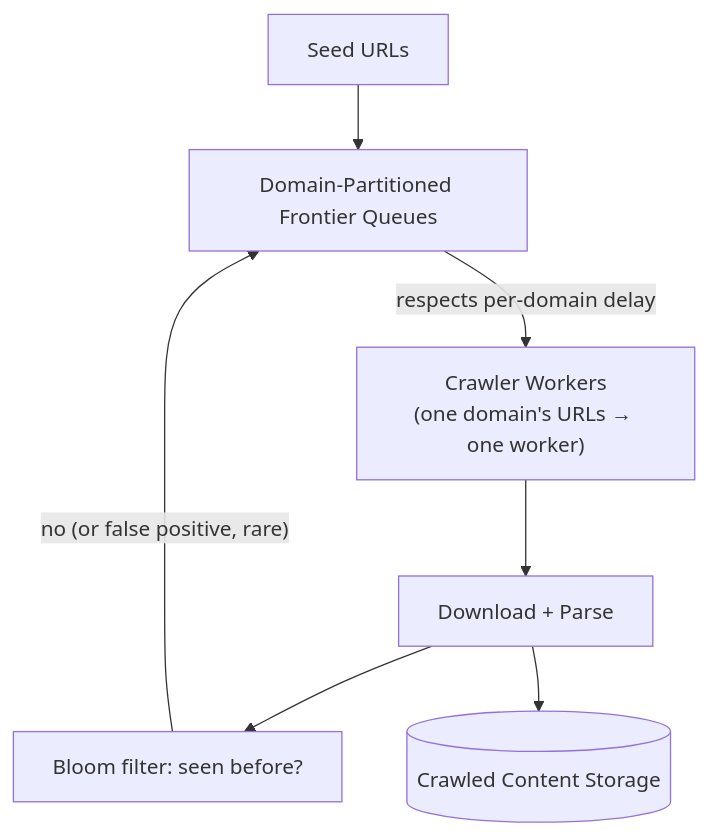
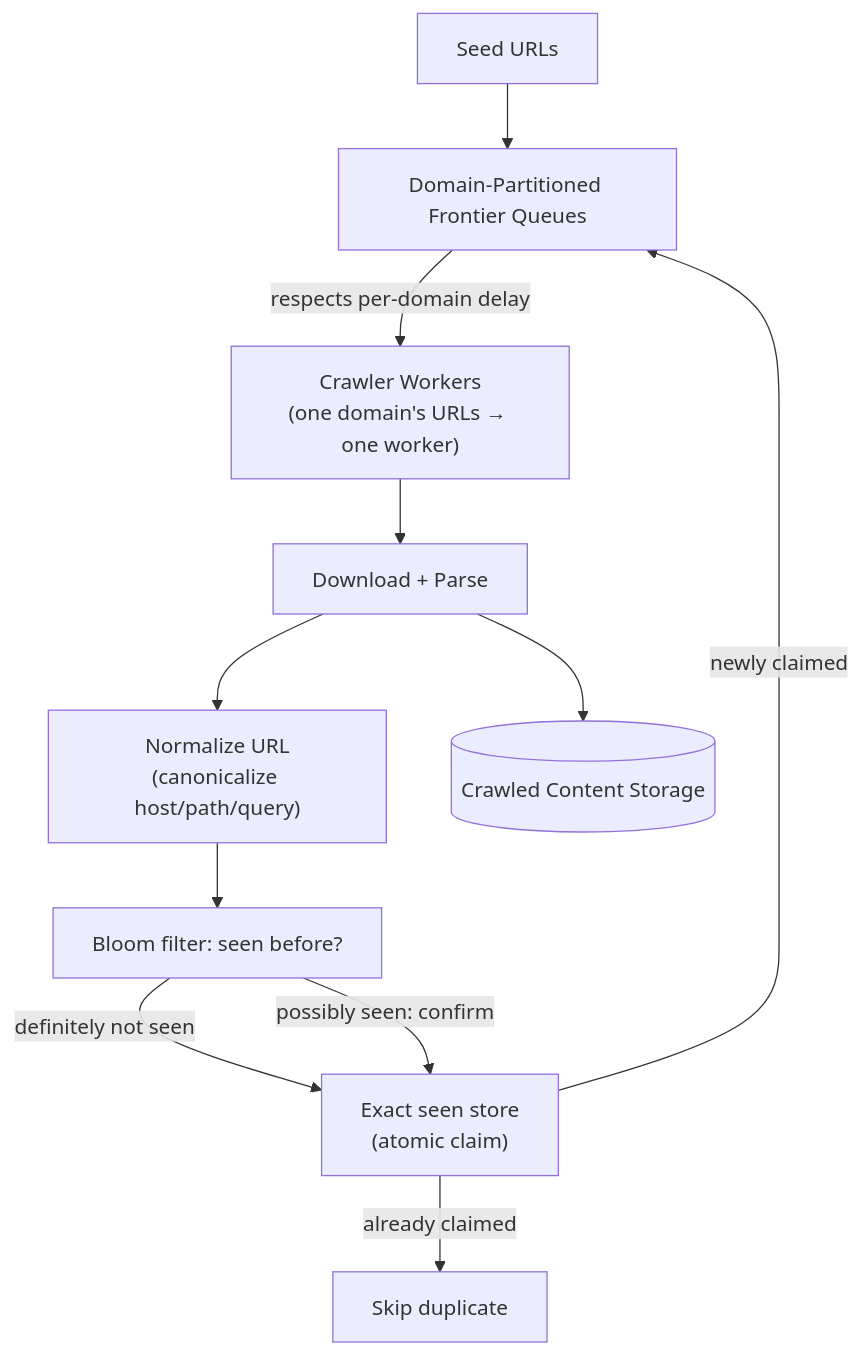
The second of 2 diagrams in System Design/HLD/12 - Design a Web Crawler/Design a Web Crawler.md (tarosh3/obsidian), drawn with Mermaid before and after one commit. The commit also changed other lines of this file and 30 other files, not shown here.

````diff
--- a/System Design/HLD/12 - Design a Web Crawler/Design a Web Crawler.md
+++ b/System Design/HLD/12 - Design a Web Crawler/Design a Web Crawler.md
@@ -51,9 +105,13 @@
 ```mermaid
 graph TD
     Seeds["Seed URLs"] --> Frontier["Domain-Partitioned Frontier Queues"]
     Frontier -->|"respects per-domain delay"| Workers["Crawler Workers<br/>(one domain's URLs → one worker)"]
     Workers --> Download["Download + Parse"]
-    Download --> Bloom["Bloom filter: seen before?"]
-    Bloom -->|"no (or false positive, rare)"| Frontier
+    Download --> Normalize["Normalize URL<br/>(canonicalize host/path/query)"]
+    Normalize --> Bloom["Bloom filter: seen before?"]
+    Bloom -->|"definitely not seen"| Exact["Exact seen store<br/>(atomic claim)"]
+    Bloom -->|"possibly seen: confirm"| Exact
+    Exact -->|"newly claimed"| Frontier
+    Exact -->|"already claimed"| Done["Skip duplicate"]
     Download --> Storage[("Crawled Content Storage")]
 ```
````
